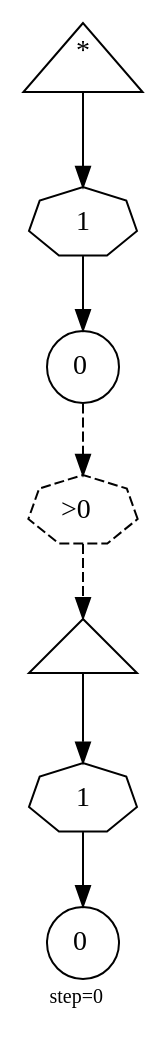
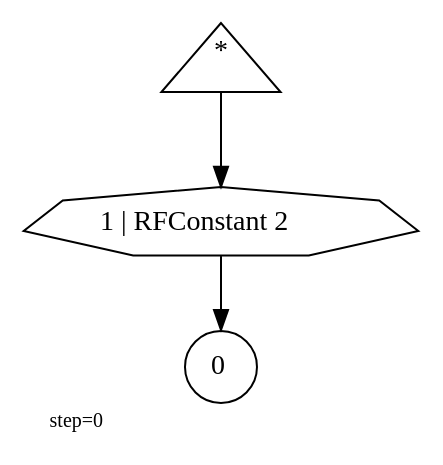
One commit to abarbu/machinations changed the diagram in ours/101-connections/0056.dot. Above: the diagram before and after it, drawn with Graphviz. The commit also changed 200 other files, not shown here.

```diff
--- a/ours/101-connections/0056.dot
+++ b/ours/101-connections/0056.dot
@@ -1,16 +1,8 @@
 digraph {
   graph  [labelloc=bottom,labeljust=left,fontsize="10",label="step=0"];
-  "22288" [shape=triangle,peripheries="1",label="",labelfontcolor=black,color=black];
-  "22289" [shape=triangle,peripheries="1",label=<<SUP>*</SUP>>,labelfontcolor=black,color=black];
-  "22290" [shape=circle,peripheries="1",label=<0>,labelfontcolor=black,color=black];
-  "22292" [shape=circle,peripheries="1",label=<0>,labelfontcolor=black,color=black];
-  "22291" [label=<1>,peripheries="1",color=black,shape=septagon];
-  "22289" -> "22291" [color=black];
-  "22291" -> "22290" [color=black];
-  "22293" [label=<1>,peripheries="1",color=black,shape=septagon];
-  "22288" -> "22293" [color=black];
-  "22293" -> "22292" [color=black];
-  "22294" [label=<&gt;0>,peripheries="1",color=black,style=dashed,shape=septagon];
-  "22290" -> "22294" [style=dashed,color=black];
-  "22294" -> "22288" [style=dashed,color=black];
+  "436" [shape=circle,peripheries="1",label=<0>,labelfontcolor=black,color=black];
+  "437" [shape=triangle,peripheries="1",label=<<SUP>*</SUP>>,labelfontcolor=black,color=black];
+  "438" [label=<1 | RFConstant 2>,peripheries="1",color=black,shape=septagon];
+  "437" -> "438" [color=black];
+  "438" -> "436" [color=black];
 }
```
